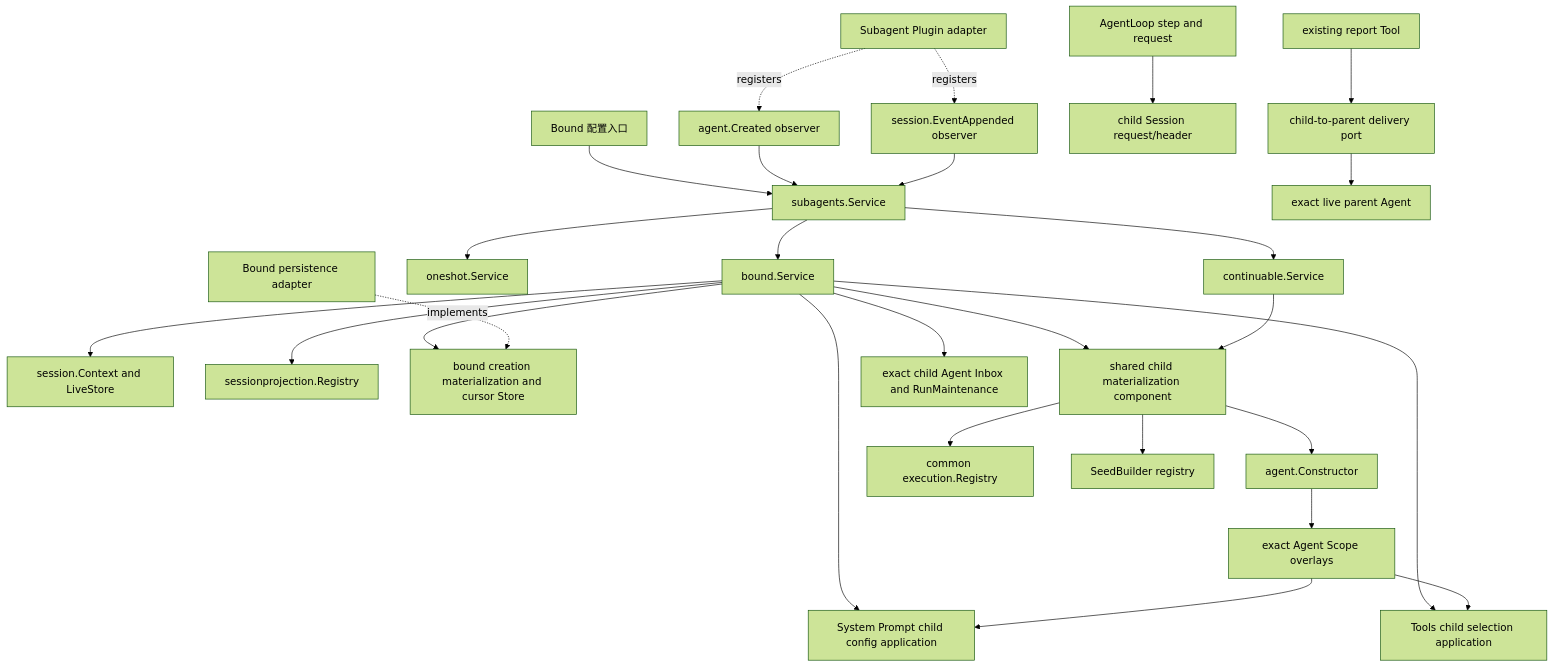
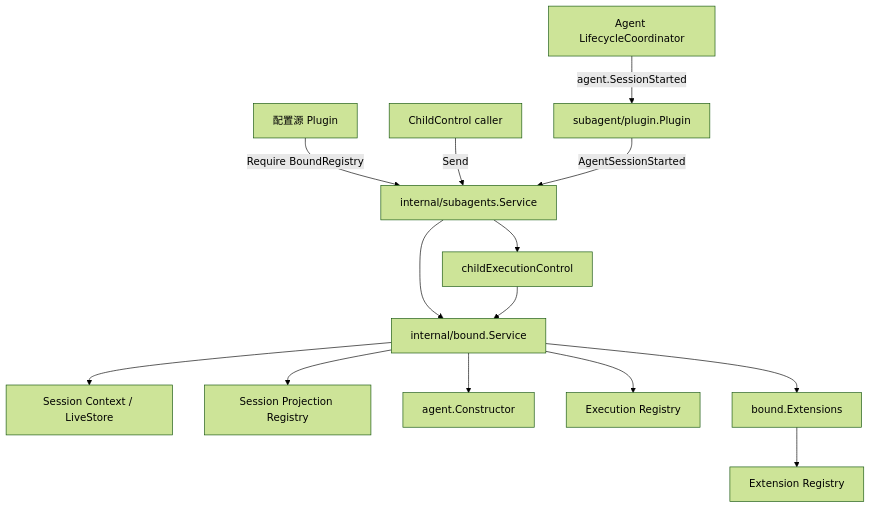
Before and after one commit to gorenx/goren: the first of 4 diagrams in subagent/docs/parent-bound-design.zh-CN.md, drawn with Mermaid (forest theme). The commit also changed other lines of this file and 13 other files, not shown here.

Commit message:
docs(subagent): align bound config design

````diff
--- a/subagent/docs/parent-bound-design.zh-CN.md
+++ b/subagent/docs/parent-bound-design.zh-CN.md
@@ -124,31 +26,16 @@
 ```mermaid
 flowchart TD
-    Ingress[Bound 配置入口] --> Unified[subagents.Service]
-    AgentObserver[agent.Created observer] --> Unified
-    SessionObserver[session.EventAppended observer] --> Unified
-    Unified --> Bound[bound.Service]
-    Unified --> OneShot[oneshot.Service]
-    Unified --> Continuable[continuable.Service]
-
-    Bound --> Session[session.Context and LiveStore]
-    Bound --> Projection[sessionprojection.Registry]
-    Bound --> Store[bound creation materialization and cursor Store]
-    Bound --> ChildMaterializer[shared child materialization component]
-    Continuable --> ChildMaterializer
-    ChildMaterializer --> Constructor[agent.Constructor]
-    Constructor --> AgentScope[exact Agent Scope overlays]
-    ChildMaterializer --> Executions[common execution.Registry]
-    ChildMaterializer --> Seeds[SeedBuilder registry]
-    Bound --> Agent[exact child Agent Inbox and RunMaintenance]
-    Bound --> Prompt[System Prompt child config application]
-    Bound --> Tools[Tools child selection application]
-    AgentScope --> Prompt
-    AgentScope --> Tools
-    AgentLoop[AgentLoop step and request] --> RequestHeader[child Session request/header]
-    Report[existing report Tool] --> ParentDelivery[child-to-parent delivery port]
-    ParentDelivery --> Parent[exact live parent Agent]
-
-    BoundAdapter[Bound persistence adapter] -. implements .-> Store
-    PluginAdapter[Subagent Plugin adapter] -. registers .-> AgentObserver
-    PluginAdapter -. registers .-> SessionObserver
+    Source[配置源 Plugin] -->|Require BoundRegistry| Facade[internal/subagents.Service]
+    Lifecycle[Agent LifecycleCoordinator] -->|agent.SessionStarted| Observer[subagent/plugin.Plugin]
+    Client[ChildControl caller] -->|Send| Facade
+    Observer -->|AgentSessionStarted| Facade
+    Facade --> Bound[internal/bound.Service]
+    Facade --> Router[childExecutionControl]
+    Router --> Bound
+    Bound --> Session[Session Context / LiveStore]
+    Bound --> Projection[Session Projection Registry]
+    Bound --> Constructor[agent.Constructor]
+    Bound --> Execution[Execution Registry]
+    Bound --> ExtPort[bound.Extensions]
+    ExtPort --> ExtRegistry[Extension Registry]
 ```
````
